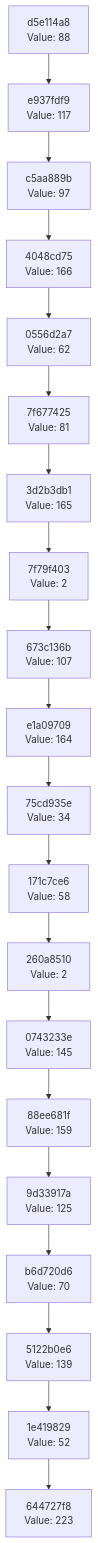
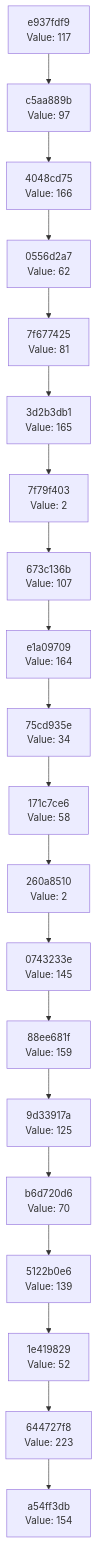
One commit to Abhisheksinha1506/hash-chain-evolver changed the diagram in docs/CHAIN_VISUALIZATION.md. Above: the diagram before and after it, drawn with Mermaid. The commit also changed 3 other files, not shown here.

````diff
--- a/docs/CHAIN_VISUALIZATION.md
+++ b/docs/CHAIN_VISUALIZATION.md
@@ -3,42 +3,42 @@
 ```mermaid
 graph TD
-    C0["644727f8<br/>Value: 223"]
-    C1["1e419829<br/>Value: 52"]
+    C0["a54ff3db<br/>Value: 154"]
+    C1["644727f8<br/>Value: 223"]
     C1 --> C0
-    C2["5122b0e6<br/>Value: 139"]
+    C2["1e419829<br/>Value: 52"]
     C2 --> C1
-    C3["b6d720d6<br/>Value: 70"]
+    C3["5122b0e6<br/>Value: 139"]
     C3 --> C2
-    C4["9d33917a<br/>Value: 125"]
+    C4["b6d720d6<br/>Value: 70"]
     C4 --> C3
-    C5["88ee681f<br/>Value: 159"]
+    C5["9d33917a<br/>Value: 125"]
     C5 --> C4
-    C6["0743233e<br/>Value: 145"]
+    C6["88ee681f<br/>Value: 159"]
     C6 --> C5
-    C7["260a8510<br/>Value: 2"]
+    C7["0743233e<br/>Value: 145"]
     C7 --> C6
-    C8["171c7ce6<br/>Value: 58"]
+    C8["260a8510<br/>Value: 2"]
     C8 --> C7
-    C9["75cd935e<br/>Value: 34"]
+    C9["171c7ce6<br/>Value: 58"]
     C9 --> C8
-    C10["e1a09709<br/>Value: 164"]
+    C10["75cd935e<br/>Value: 34"]
     C10 --> C9
-    C11["673c136b<br/>Value: 107"]
+    C11["e1a09709<br/>Value: 164"]
     C11 --> C10
-    C12["7f79f403<br/>Value: 2"]
+    C12["673c136b<br/>Value: 107"]
     C12 --> C11
-    C13["3d2b3db1<br/>Value: 165"]
+    C13["7f79f403<br/>Value: 2"]
     C13 --> C12
-    C14["7f677425<br/>Value: 81"]
+    C14["3d2b3db1<br/>Value: 165"]
     C14 --> C13
-    C15["0556d2a7<br/>Value: 62"]
+    C15["7f677425<br/>Value: 81"]
     C15 --> C14
-    C16["4048cd75<br/>Value: 166"]
+    C16["0556d2a7<br/>Value: 62"]
     C16 --> C15
-    C17["c5aa889b<br/>Value: 97"]
+    C17["4048cd75<br/>Value: 166"]
     C17 --> C16
-    C18["e937fdf9<br/>Value: 117"]
+    C18["c5aa889b<br/>Value: 97"]
     C18 --> C17
-    C19["d5e114a8<br/>Value: 88"]
+    C19["e937fdf9<br/>Value: 117"]
     C19 --> C18
 ```
````
